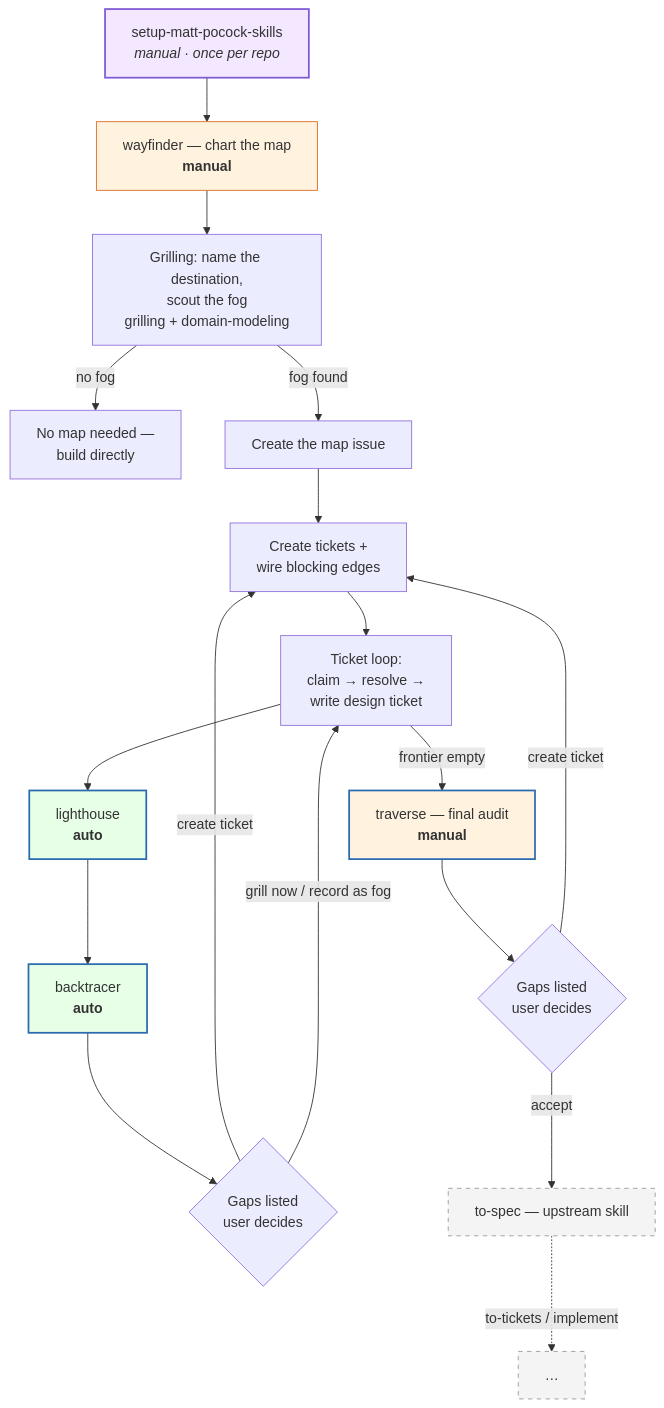
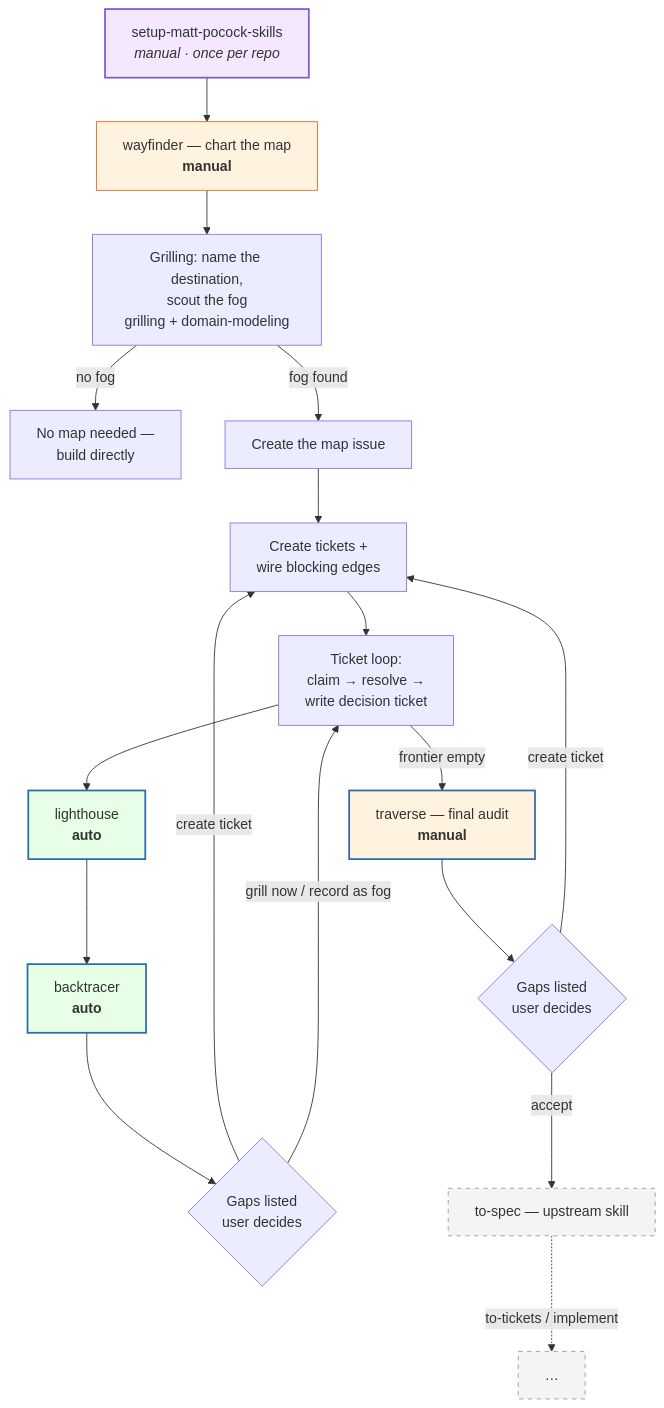
One commit to hugosol/oh-my-wayfinder changed the first of 2 diagrams in README.md. Above: the diagram before and after it, drawn with Mermaid. The commit also changed other lines of this file and 2 other files, not shown here.

````diff
--- a/README.md
+++ b/README.md
@@ -46,27 +46,27 @@
 ```mermaid
 flowchart TD
     S["setup-matt-pocock-skills<br/><i>manual · once per repo</i>"] --> W["wayfinder — chart the map<br/><b>manual</b>"]
     W --> G["Grilling: name the destination,<br/>scout the fog<br/>grilling + domain-modeling"]
     G -->|"no fog"| N["No map needed —<br/>build directly"]
     G -->|"fog found"| M["Create the map issue"]
     M --> T["Create tickets +<br/>wire blocking edges"]
-    T --> L["Ticket loop:<br/>claim → resolve →<br/>write design ticket"]
+    T --> L["Ticket loop:<br/>claim → resolve →<br/>write decision ticket"]
     L --> LH["lighthouse<br/><b>auto</b>"]
     LH --> BT["backtracer<br/><b>auto</b>"]
     BT --> CG{"Gaps listed<br/>user decides"}
     CG -->|"create ticket"| T
     CG -->|"grill now / record as fog"| L
     L -->|"frontier empty"| TR["traverse — final audit<br/><b>manual</b>"]
     TR --> CG2{"Gaps listed<br/>user decides"}
     CG2 -->|"create ticket"| T
     CG2 -->|"accept"| TS["to-spec — upstream skill"]
     TS -.->|"to-tickets / implement"| X["…"]
 
     style LH fill:#e6ffe6,stroke:#2b6cb0,stroke-width:2px
     style BT fill:#e6ffe6,stroke:#2b6cb0,stroke-width:2px
     style TR fill:#fff3e0,stroke:#2b6cb0,stroke-width:2px
     style W fill:#fff3e0,stroke:#dd6b20
     style S fill:#f3e8ff,stroke:#805ad5,stroke-width:2px
     style TS fill:#f4f4f4,stroke:#999,stroke-dasharray:5 5
     style X fill:#f4f4f4,stroke:#999,stroke-dasharray:5 5
 ```
````
